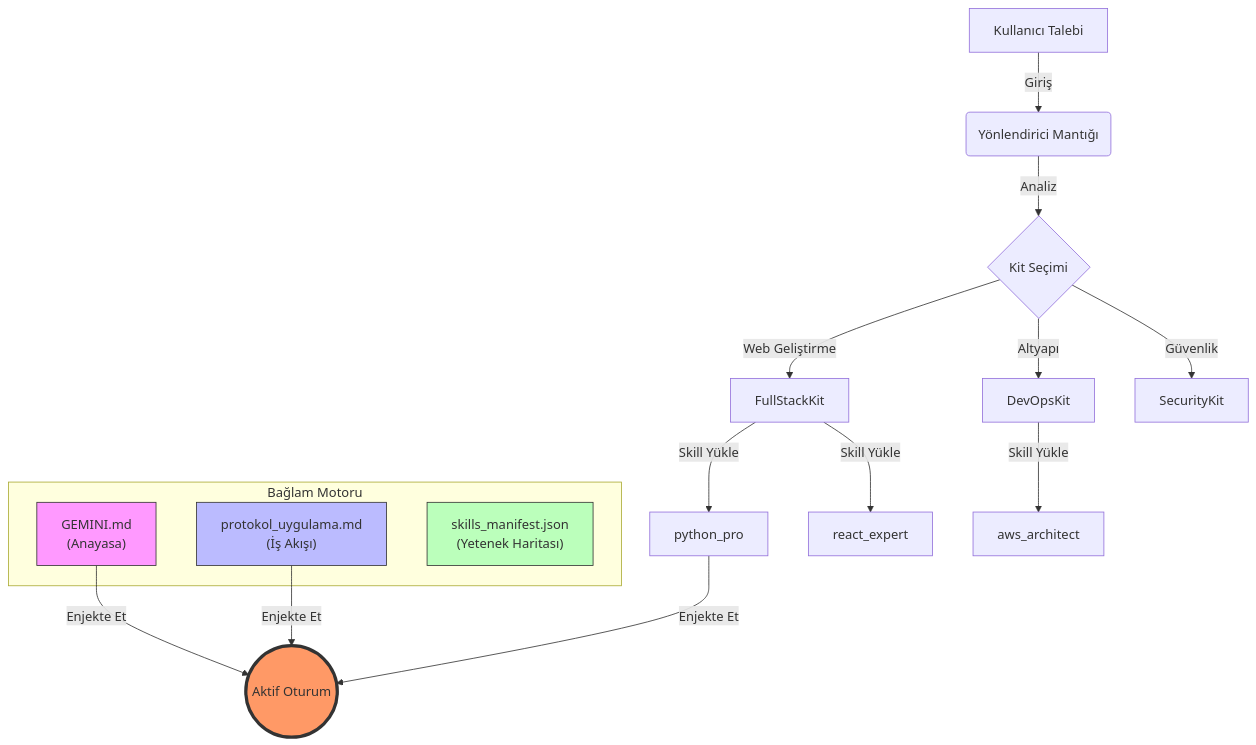
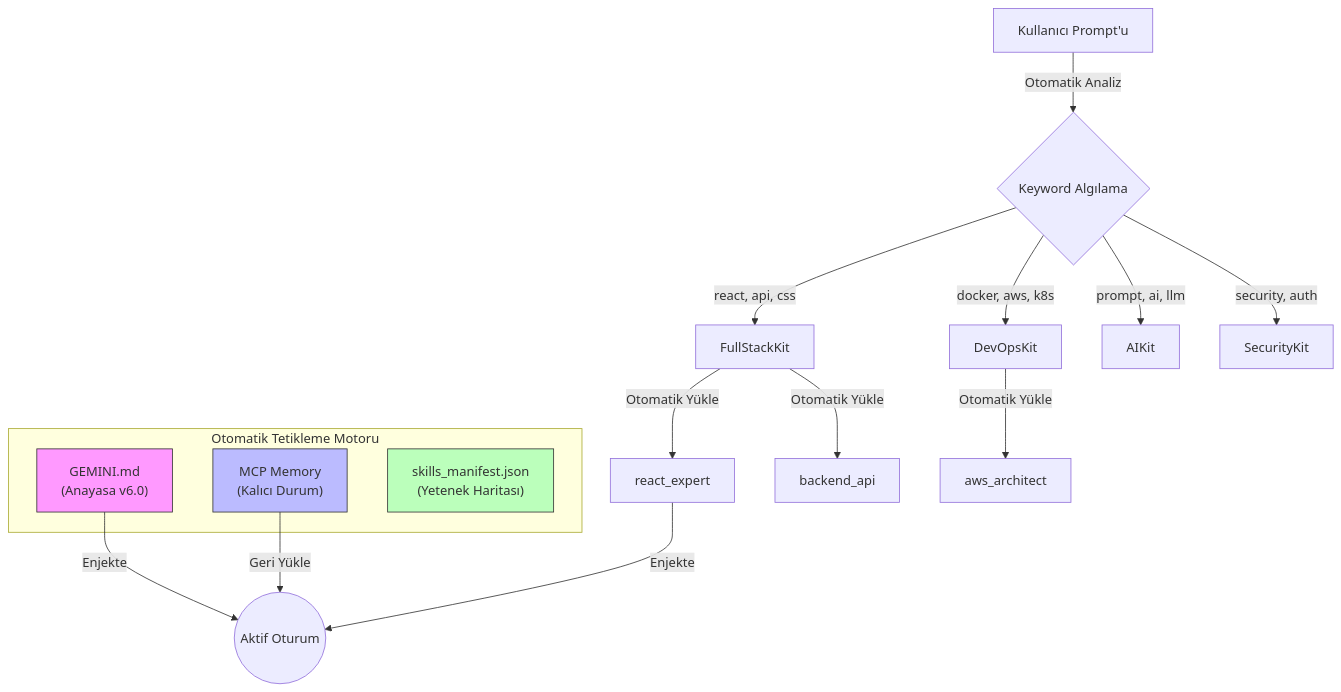
Before and after one commit to vuralserhat86/antigravity-agentic-skills: the diagram in README.tr.md, drawn with Mermaid. The commit also changed other lines of this file, not shown here.

````diff
--- a/README.tr.md
+++ b/README.tr.md
@@ -16,27 +24,26 @@
 ```mermaid
 graph TD
-    A[Kullanıcı Talebi] -->|Giriş| B(Yönlendirici Mantığı)
-    B -->|Analiz| C{Kit Seçimi}
-    C -->|Web Geliştirme| D[FullStackKit]
-    C -->|Altyapı| E[DevOpsKit]
-    C -->|Güvenlik| F[SecurityKit]
+    A[Kullanıcı Prompt'u] -->|Otomatik Analiz| B{Keyword Algılama}
+    B -->|react, api, css| C[FullStackKit]
+    B -->|docker, aws, k8s| D[DevOpsKit]
+    B -->|prompt, ai, llm| E[AIKit]
+    B -->|security, auth| F[SecurityKit]
     
-    subgraph "Bağlam Motoru"
-        G["GEMINI.md<br/>(Anayasa)"]
-        H["protokol_uygulama.md<br/>(İş Akışı)"]
+    subgraph "Otomatik Tetikleme Motoru"
+        G["GEMINI.md<br/>(Anayasa v6.0)"]
+        H["MCP Memory<br/>(Kalıcı Durum)"]
         I["skills_manifest.json<br/>(Yetenek Haritası)"]
     end
     
-    D -->|Skill Yükle| J[python_pro]
-    D -->|Skill Yükle| K[react_expert]
-    E -->|Skill Yükle| L[aws_architect]
+    C -->|Otomatik Yükle| J[react_expert]
+    C -->|Otomatik Yükle| K[backend_api]
+    D -->|Otomatik Yükle| L[aws_architect]
     
-    G -->|Enjekte Et| M((Aktif Oturum))
-    H -->|Enjekte Et| M
-    J -->|Enjekte Et| M
+    G -->|Enjekte| M((Aktif Oturum))
+    H -->|Geri Yükle| M
+    J -->|Enjekte| M
     
     style G fill:#f9f,stroke:#333
     style H fill:#bbf,stroke:#333
     style I fill:#bfb,stroke:#333
-    style M fill:#f96,stroke:#333,stroke-width:4px
 ```
````
